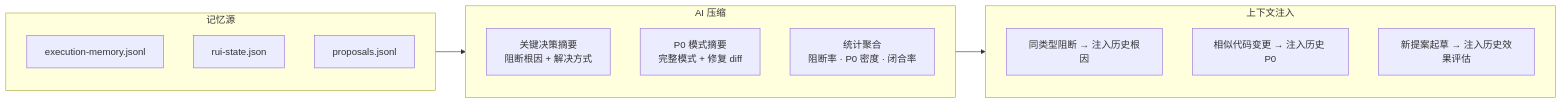
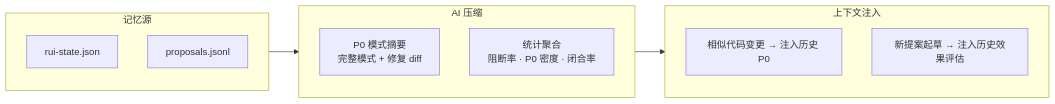
One commit to effiy/YrY changed the tenth of 11 diagrams in rules/self-improve.md. Above: the diagram before and after it, drawn with Mermaid. The commit also changed other lines of this file and 42 other files, not shown here.

First line of the commit message:
feat: apply Mermaid authoring rules (M1-M12) across entire codebase

````diff
--- a/rules/self-improve.md
+++ b/rules/self-improve.md
@@ -216,20 +233,21 @@
 ```mermaid
 flowchart LR
     subgraph 源["记忆源"]
-        M1["execution-memory.jsonl"]:::data
+        direction TB
         M2["rui-state.json"]:::data
         M3["proposals.jsonl"]:::data
     end
     subgraph 压缩["AI 压缩"]
-        C1["关键决策摘要<br/>阻断根因 + 解决方式"]:::comp
+        direction TB
         C2["P0 模式摘要<br/>完整模式 + 修复 diff"]:::comp
         C3["统计聚合<br/>阻断率 · P0 密度 · 闭合率"]:::comp
     end
     subgraph 注入["上下文注入"]
-        I1["同类型阻断 → 注入历史根因"]:::inj
+        direction TB
         I2["相似代码变更 → 注入历史 P0"]:::inj
         I3["新提案起草 → 注入历史效果评估"]:::inj
     end
     源 --> 压缩 --> 注入
 
+
 ```
````
